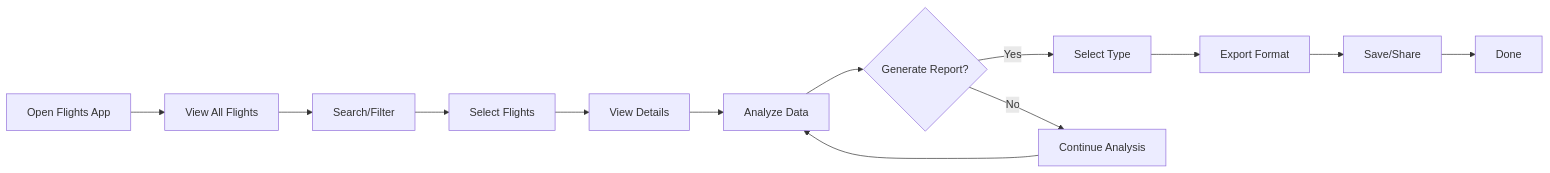
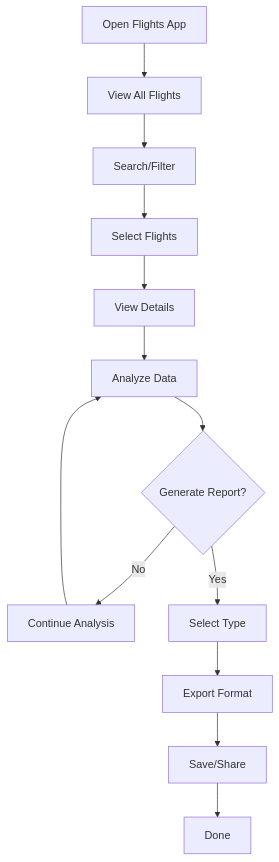
One commit to RoundRobinHood/cogniflight-cloud changed the tenth of 10 diagrams in docs/SEN3781_Assignment4_Information_Architecture_Report.md. Above: the diagram before and after it, drawn with Mermaid. The commit also changed other lines of this file, not shown here.

Commit message:
improved diagram readability

````diff
--- a/docs/SEN3781_Assignment4_Information_Architecture_Report.md
+++ b/docs/SEN3781_Assignment4_Information_Architecture_Report.md
@@ -416,8 +448,11 @@
 ```mermaid
-flowchart LR
-    A[Open Flights App] --> B[View All Flights] --> C[Search/Filter]
-    C --> D[Select Flights] --> E[View Details] --> F[Analyze Data]
+flowchart TD
+    A[Open Flights App] --> B[View All Flights]
+    B --> C[Search/Filter] --> D[Select Flights]
+    D --> E[View Details] --> F[Analyze Data]
     F --> G{Generate Report?}
-    G -->|Yes| H[Select Type] --> I[Export Format] --> K[Save/Share] --> L[Done]
-    G -->|No| J[Continue Analysis] --> F
+    G -->|No| J[Continue Analysis]
+    J --> F
+    G -->|Yes| H[Select Type]
+    H --> I[Export Format] --> K[Save/Share] --> L[Done]
 ```
````
